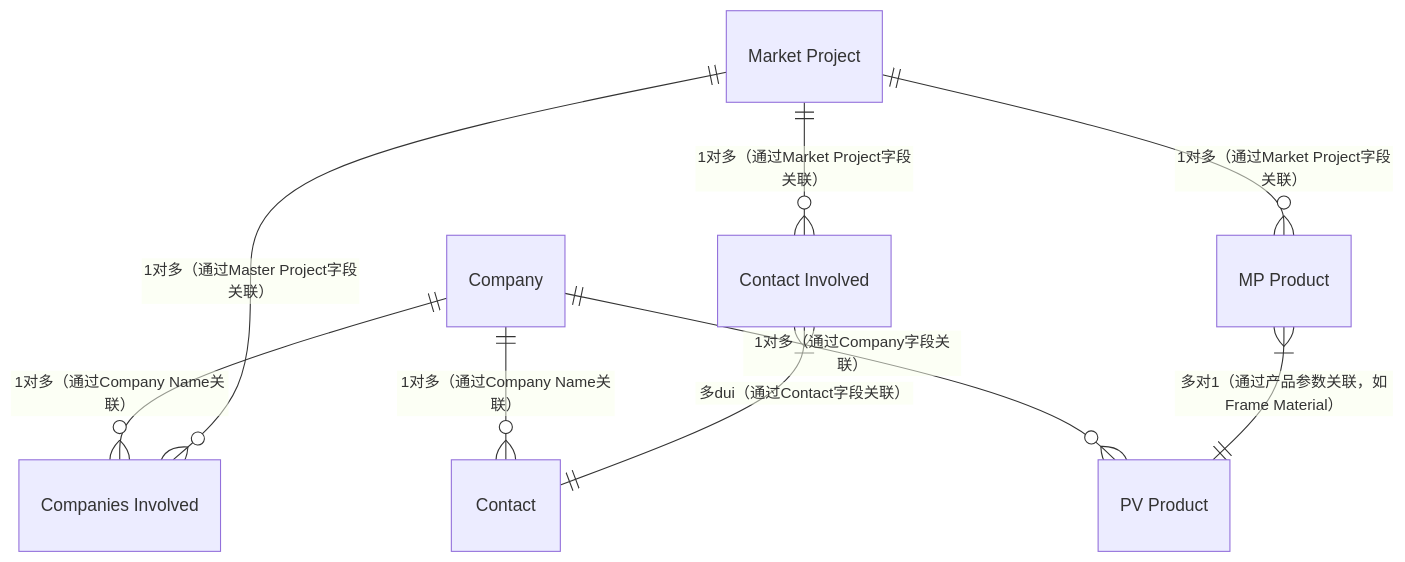
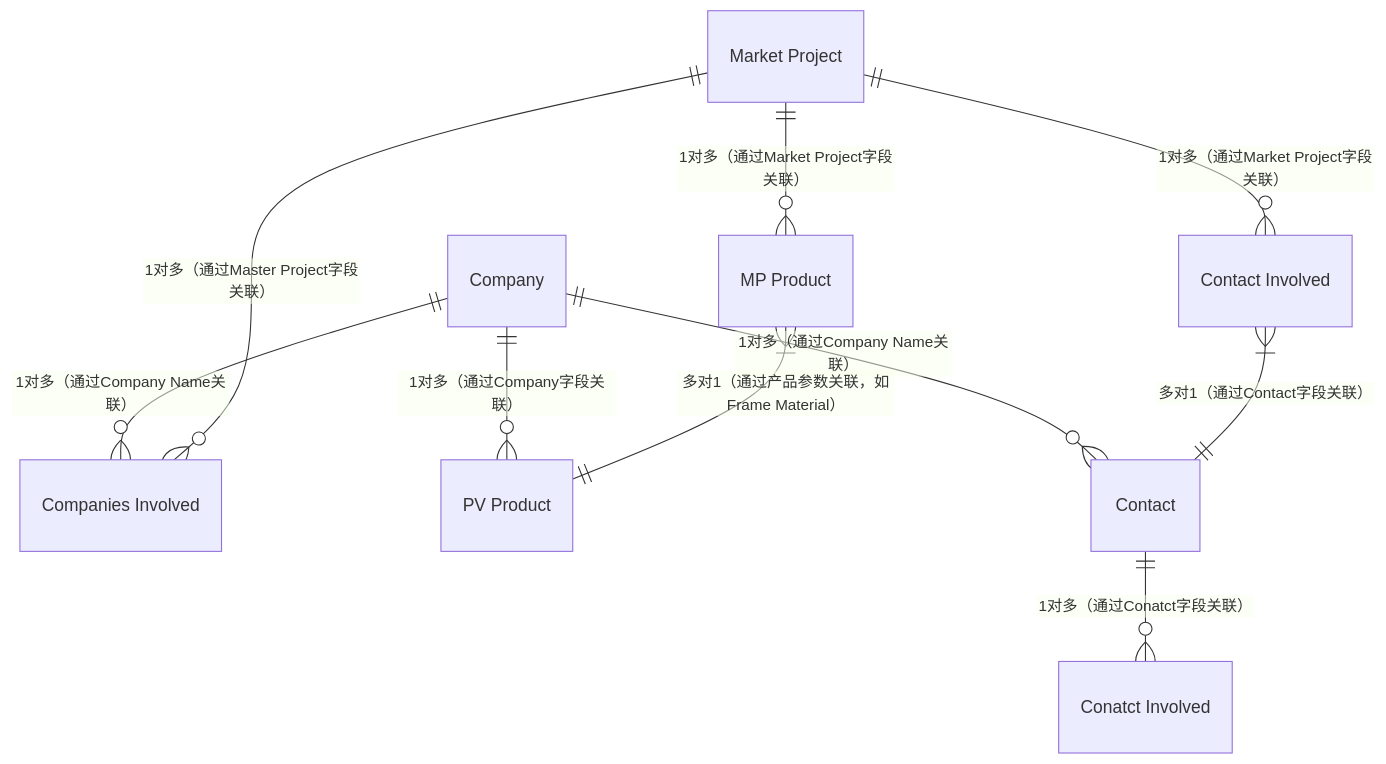
Before and after one commit to zhangziru-33/iodraw-files: the diagram in all/未命名.md, drawn with Mermaid.

Commit message:
2025-12-04 13:48:46 update

````diff
--- a/all/未命名.md
+++ b/all/未命名.md
@@ -1,11 +1,12 @@
 ```mermaid
 erDiagram
     Company ||--o{ "Companies Involved" : "1对多（通过Company Name关联）"
     Company ||--o{ "PV Product" : "1对多（通过Company字段关联）"
     Company ||--o{ "Contact" : "1对多（通过Company Name关联）"
     "Market Project" ||--o{ "Companies Involved" : "1对多（通过Master Project字段关联）"
     "Market Project" ||--o{ "Contact Involved" : "1对多（通过Market Project字段关联）"
     "Market Project" ||--o{ "MP Product" : "1对多（通过Market Project字段关联）"
     "MP Product" }|--|| "PV Product" : "多对1（通过产品参数关联，如Frame Material）"
-    "Contact Involved" }|--|| "Contact" : "多dui（通过Contact字段关联）"
+    "Contact Involved" }|--|| "Contact" : "多对1（通过Contact字段关联）"
+    Contact ||--o{ "Conatct Involved" : "1对多（通过Conatct字段关联）"
 ```
````
